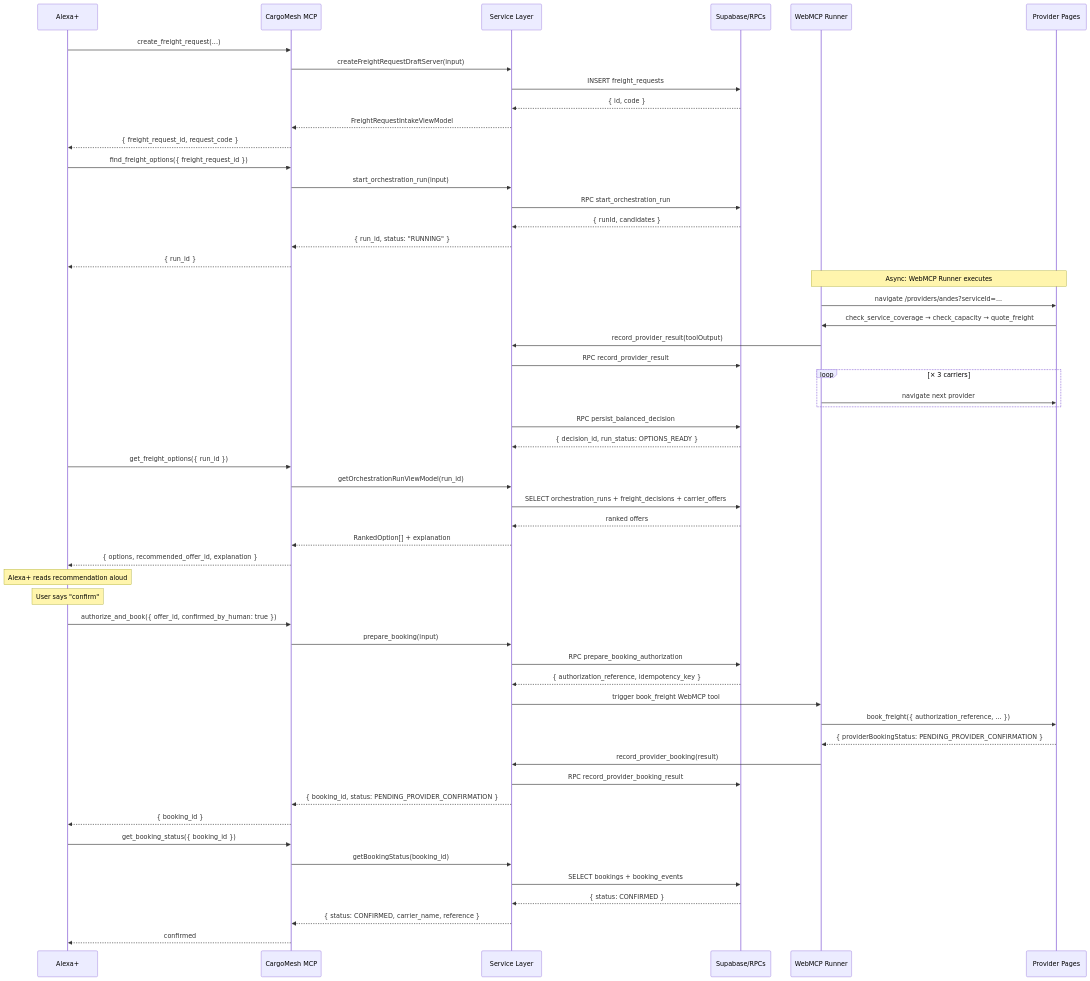
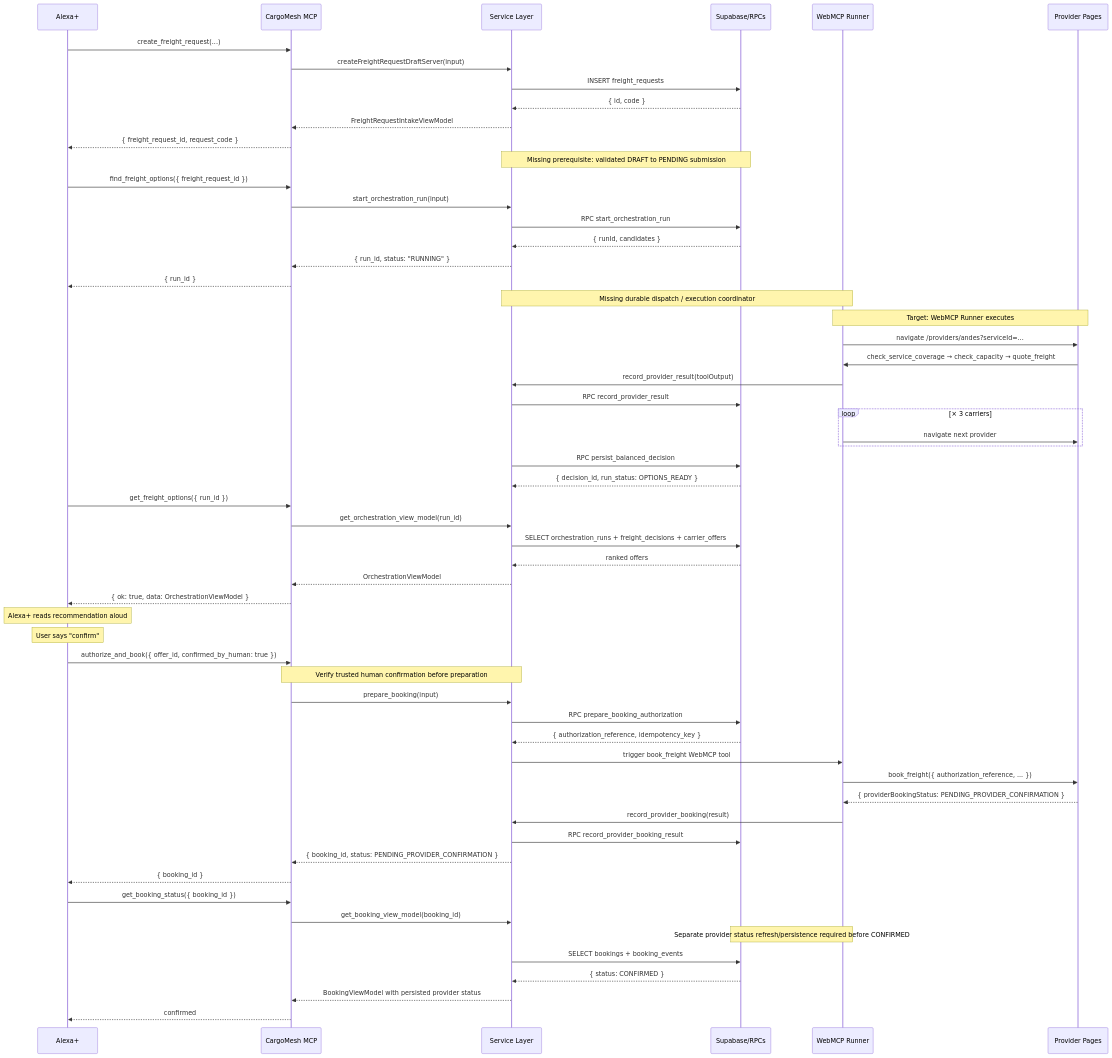
One commit to Chujutak2024/cargomesh changed the diagram in docs/architecture-v2/ARCHITECTURE_V2.md. Above: the diagram before and after it, drawn with Mermaid. The commit also changed other lines of this file and 129 other files, not shown here.

````diff
--- a/docs/architecture-v2/ARCHITECTURE_V2.md
+++ b/docs/architecture-v2/ARCHITECTURE_V2.md
@@ -171,63 +130,67 @@
 ```mermaid
 sequenceDiagram
     participant A as Alexa+
     participant M as CargoMesh MCP
     participant S as Service Layer
     participant DB as Supabase/RPCs
     participant W as WebMCP Runner
     participant P as Provider Pages
 
     A->>M: create_freight_request(...)
     M->>S: createFreightRequestDraftServer(input)
     S->>DB: INSERT freight_requests
     DB-->>S: { id, code }
     S-->>M: FreightRequestIntakeViewModel
     M-->>A: { freight_request_id, request_code }
 
+    Note over S,DB: Missing prerequisite: validated DRAFT to PENDING submission
     A->>M: find_freight_options({ freight_request_id })
     M->>S: start_orchestration_run(input)
     S->>DB: RPC start_orchestration_run
     DB-->>S: { runId, candidates }
     S-->>M: { run_id, status: "RUNNING" }
     M-->>A: { run_id }
 
-    Note over W,P: Async: WebMCP Runner executes
+    Note over S,W: Missing durable dispatch / execution coordinator
+    Note over W,P: Target: WebMCP Runner executes
     W->>P: navigate /providers/andes?serviceId=...
     P->>W: check_service_coverage → check_capacity → quote_freight
     W->>S: record_provider_result(toolOutput)
     S->>DB: RPC record_provider_result
     loop × 3 carriers
         W->>P: navigate next provider
     end
     S->>DB: RPC persist_balanced_decision
     DB-->>S: { decision_id, run_status: OPTIONS_READY }
 
     A->>M: get_freight_options({ run_id })
-    M->>S: getOrchestrationRunViewModel(run_id)
+    M->>S: get_orchestration_view_model(run_id)
     S->>DB: SELECT orchestration_runs + freight_decisions + carrier_offers
     DB-->>S: ranked offers
-    S-->>M: RankedOption[] + explanation
-    M-->>A: { options, recommended_offer_id, explanation }
+    S-->>M: OrchestrationViewModel
+    M-->>A: { ok: true, data: OrchestrationViewModel }
 
     Note over A: Alexa+ reads recommendation aloud
     Note over A: User says "confirm"
 
     A->>M: authorize_and_book({ offer_id, confirmed_by_human: true })
+    Note over M,S: Verify trusted human confirmation before preparation
     M->>S: prepare_booking(input)
     S->>DB: RPC prepare_booking_authorization
     DB-->>S: { authorization_reference, idempotency_key }
     S->>W: trigger book_freight WebMCP tool
     W->>P: book_freight({ authorization_reference, ... })
     P-->>W: { providerBookingStatus: PENDING_PROVIDER_CONFIRMATION }
     W->>S: record_provider_booking(result)
     S->>DB: RPC record_provider_booking_result
     S-->>M: { booking_id, status: PENDING_PROVIDER_CONFIRMATION }
     M-->>A: { booking_id }
 
     A->>M: get_booking_status({ booking_id })
-    M->>S: getBookingStatus(booking_id)
+    M->>S: get_booking_view_model(booking_id)
+    Note over W,DB: Separate provider status refresh/persistence required before CONFIRMED
     S->>DB: SELECT bookings + booking_events
     DB-->>S: { status: CONFIRMED }
-    S-->>M: { status: CONFIRMED, carrier_name, reference }
+    S-->>M: BookingViewModel with persisted provider status
     M-->>A: confirmed
 ```
````
